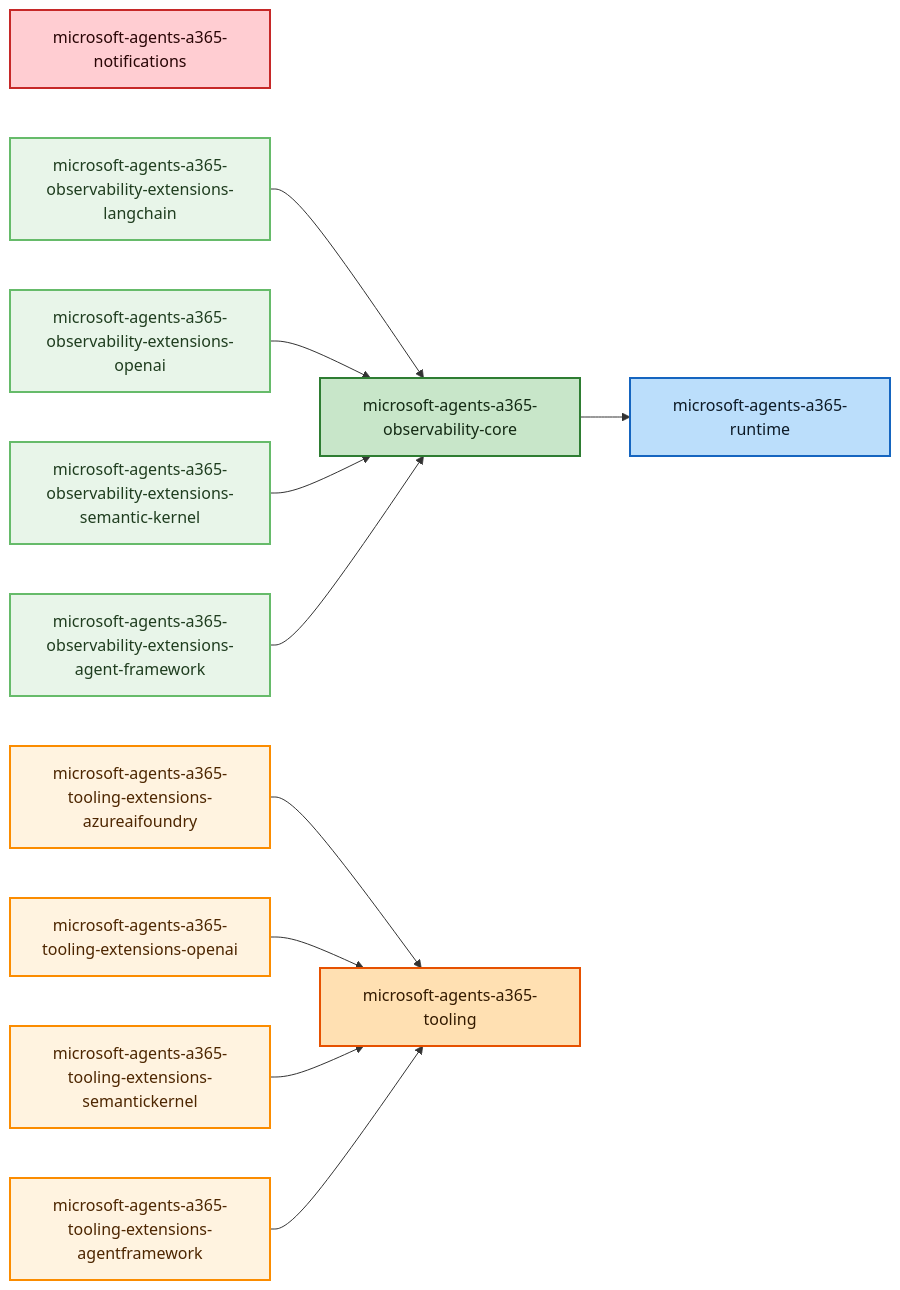
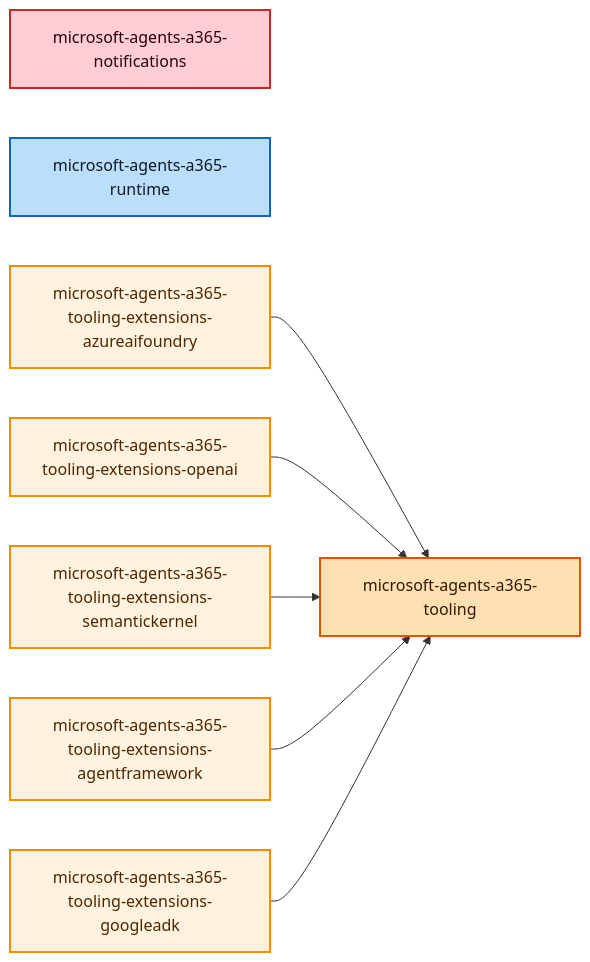
The diagram in DEPENDENCIES.md (microsoft/Agent365-python), drawn with Mermaid before and after one commit. The commit also changed other lines of this file and 203 other files, not shown here.

First line of the commit message:
Retire Agent365 observability distributions

````diff
--- a/DEPENDENCIES.md
+++ b/DEPENDENCIES.md
@@ -5,41 +5,29 @@
 ```mermaid
 graph LR
     %% Package Nodes
     microsoft_agents_a365_notifications["microsoft-agents-a365-notifications"]
-    microsoft_agents_a365_observability_core["microsoft-agents-a365-observability-core"]
-    microsoft_agents_a365_observability_extensions_langchain["microsoft-agents-a365-observability-extensions-langchain"]
-    microsoft_agents_a365_observability_extensions_openai["microsoft-agents-a365-observability-extensions-openai"]
-    microsoft_agents_a365_observability_extensions_semantic_kernel["microsoft-agents-a365-observability-extensions-semantic-kernel"]
-    microsoft_agents_a365_observability_extensions_agent_framework["microsoft-agents-a365-observability-extensions-agent-framework"]
     microsoft_agents_a365_runtime["microsoft-agents-a365-runtime"]
     microsoft_agents_a365_tooling["microsoft-agents-a365-tooling"]
     microsoft_agents_a365_tooling_extensions_azureaifoundry["microsoft-agents-a365-tooling-extensions-azureaifoundry"]
     microsoft_agents_a365_tooling_extensions_openai["microsoft-agents-a365-tooling-extensions-openai"]
     microsoft_agents_a365_tooling_extensions_semantickernel["microsoft-agents-a365-tooling-extensions-semantickernel"]
     microsoft_agents_a365_tooling_extensions_agentframework["microsoft-agents-a365-tooling-extensions-agentframework"]
+    microsoft_agents_a365_tooling_extensions_googleadk["microsoft-agents-a365-tooling-extensions-googleadk"]
 
     %% Dependencies
-    microsoft_agents_a365_observability_core --> microsoft_agents_a365_runtime
-    microsoft_agents_a365_observability_extensions_langchain --> microsoft_agents_a365_observability_core
-    microsoft_agents_a365_observability_extensions_openai --> microsoft_agents_a365_observability_core
-    microsoft_agents_a365_observability_extensions_semantic_kernel --> microsoft_agents_a365_observability_core
-    microsoft_agents_a365_observability_extensions_agent_framework --> microsoft_agents_a365_observability_core
     microsoft_agents_a365_tooling_extensions_azureaifoundry --> microsoft_agents_a365_tooling
     microsoft_agents_a365_tooling_extensions_openai --> microsoft_agents_a365_tooling
     microsoft_agents_a365_tooling_extensions_semantickernel --> microsoft_agents_a365_tooling
     microsoft_agents_a365_tooling_extensions_agentframework --> microsoft_agents_a365_tooling
+    microsoft_agents_a365_tooling_extensions_googleadk --> microsoft_agents_a365_tooling
 
     %% Styling
     classDef notifications fill:#ffcdd2,stroke:#c62828,color:#280505,stroke-width:2px
     class microsoft_agents_a365_notifications notifications
     classDef runtime fill:#bbdefb,stroke:#1565c0,color:#0d1a26,stroke-width:2px
     class microsoft_agents_a365_runtime runtime
-    classDef observability fill:#c8e6c9,stroke:#2e7d32,color:#142a14,stroke-width:2px
-    class microsoft_agents_a365_observability_core observability
-    classDef observability_extensions fill:#e8f5e9,stroke:#66bb6a,color:#1f3d1f,stroke-width:2px
-    class microsoft_agents_a365_observability_extensions_langchain,microsoft_agents_a365_observability_extensions_openai,microsoft_agents_a365_observability_extensions_semantic_kernel,microsoft_agents_a365_observability_extensions_agent_framework observability_extensions
     classDef tooling fill:#ffe0b2,stroke:#e65100,color:#331a00,stroke-width:2px
     class microsoft_agents_a365_tooling tooling
     classDef tooling_extensions fill:#fff3e0,stroke:#fb8c00,color:#4d2600,stroke-width:2px
-    class microsoft_agents_a365_tooling_extensions_azureaifoundry,microsoft_agents_a365_tooling_extensions_openai,microsoft_agents_a365_tooling_extensions_semantickernel,microsoft_agents_a365_tooling_extensions_agentframework tooling_extensions
+    class microsoft_agents_a365_tooling_extensions_azureaifoundry,microsoft_agents_a365_tooling_extensions_openai,microsoft_agents_a365_tooling_extensions_semantickernel,microsoft_agents_a365_tooling_extensions_agentframework,microsoft_agents_a365_tooling_extensions_googleadk tooling_extensions
 ```
````
